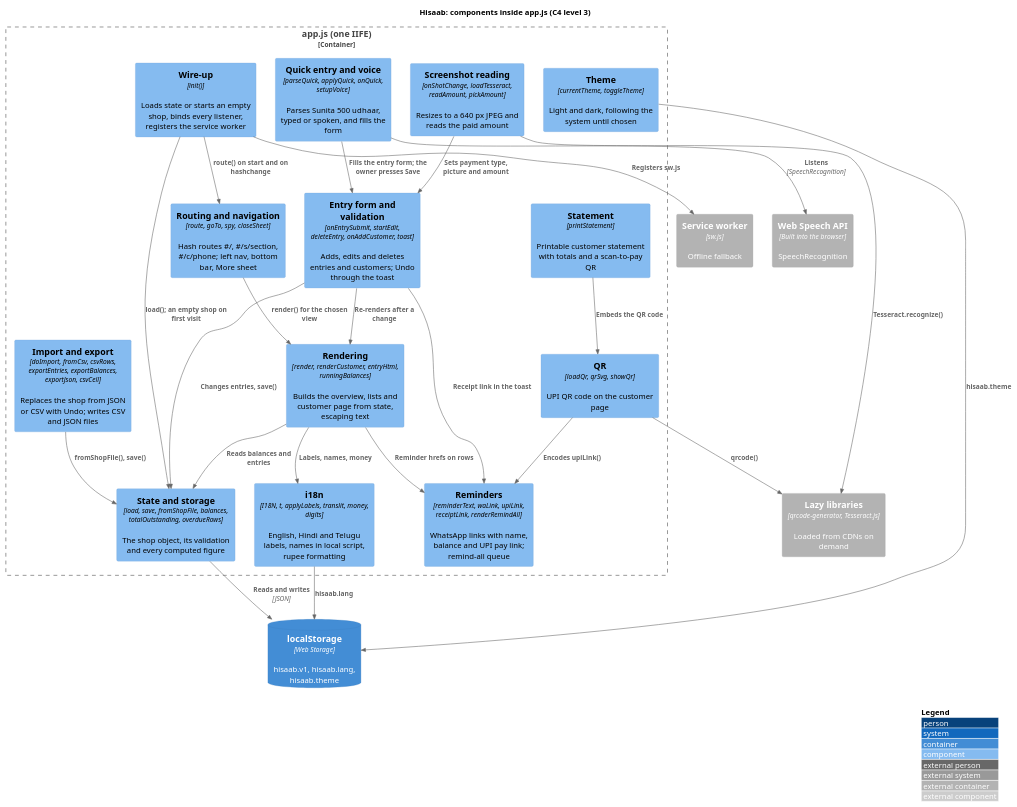
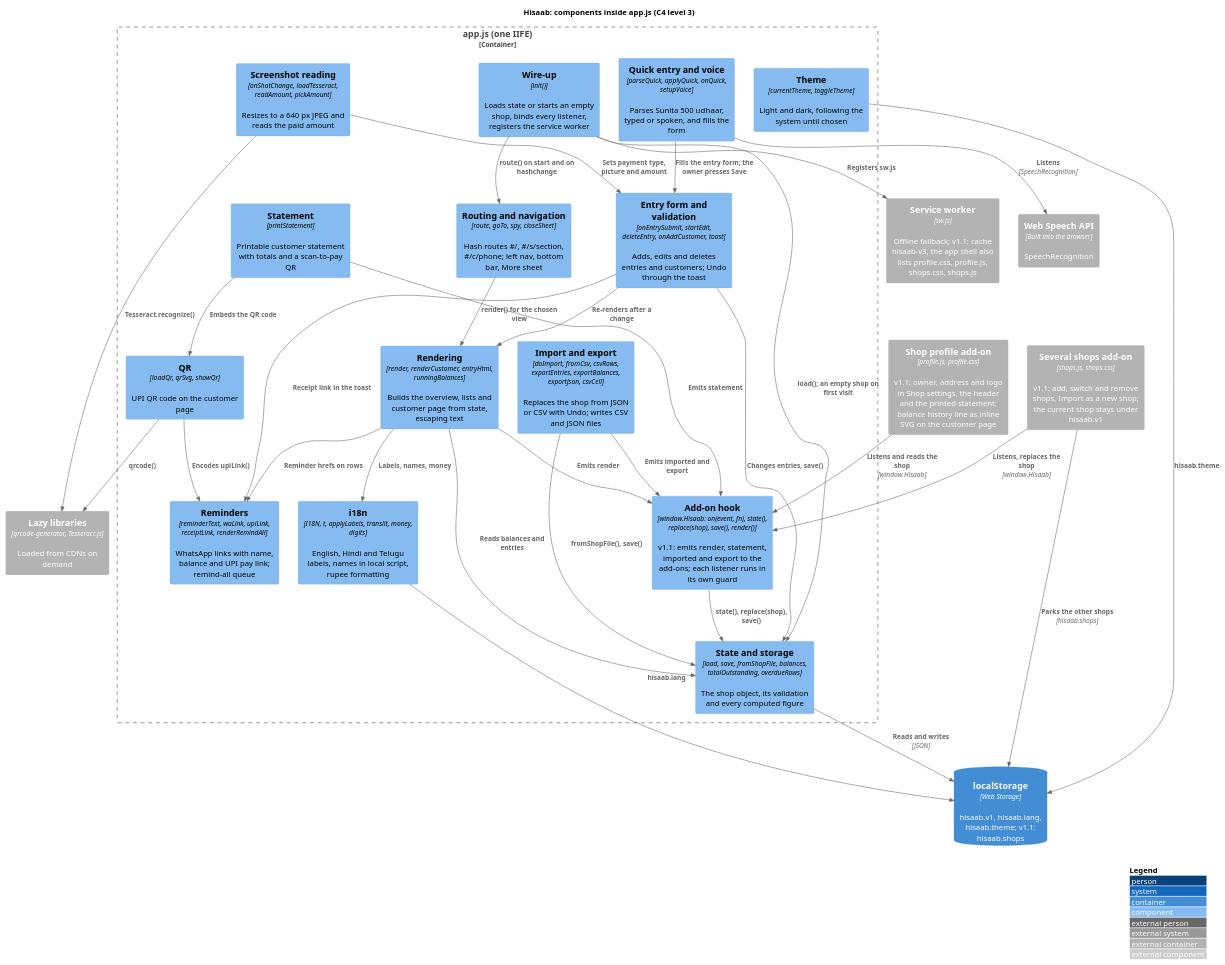
The diagram in docs/diagrams/c4-component.puml (karwasanjay007/hisaab-docs), drawn with PlantUML before and after one commit. The commit also changed 5 other files, not shown here.

First line of the commit message:
Diagrams for version 1.1.0.0: container, component and deployment show the add-ons, the hook and the second storage key

```diff
--- a/docs/diagrams/c4-component.puml
+++ b/docs/diagrams/c4-component.puml
@@ -1,49 +1,59 @@
 @startuml c4-component
 !include <C4/C4_Component>
 title Hisaab: components inside app.js (C4 level 3)
 
-ContainerDb(ls, "localStorage", "Web Storage", "hisaab.v1, hisaab.lang, hisaab.theme")
+ContainerDb(ls, "localStorage", "Web Storage", "hisaab.v1, hisaab.lang, hisaab.theme; v1.1: hisaab.shops")
 Container_Ext(cdnlibs, "Lazy libraries", "qrcode-generator, Tesseract.js", "Loaded from CDNs on demand")
 Container_Ext(speechapi, "Web Speech API", "Built into the browser", "SpeechRecognition")
-Container_Ext(swc, "Service worker", "sw.js", "Offline fallback")
+Container_Ext(swc, "Service worker", "sw.js", "Offline fallback; v1.1: cache hisaab-v3, the app shell also lists profile.css, profile.js, shops.css, shops.js")
+Container_Ext(profile, "Shop profile add-on", "profile.js, profile.css", "v1.1: owner, address and logo in Shop settings, the header and the printed statement; balance history line as inline SVG on the customer page")
+Container_Ext(shops, "Several shops add-on", "shops.js, shops.css", "v1.1: add, switch and remove shops, Import as a new shop; the current shop stays under hisaab.v1")
 
 Container_Boundary(app, "app.js (one IIFE)") {
   Component(init, "Wire-up", "init()", "Loads state or starts an empty shop, binds every listener, registers the service worker")
   Component(store, "State and storage", "load, save, fromShopFile, balances, totalOutstanding, overdueRows", "The shop object, its validation and every computed figure")
   Component(i18n, "i18n", "I18N, t, applyLabels, translit, money, digits", "English, Hindi and Telugu labels, names in local script, rupee formatting")
   Component(render, "Rendering", "render, renderCustomer, entryHtml, runningBalances", "Builds the overview, lists and customer page from state, escaping text")
   Component(router, "Routing and navigation", "route, goTo, spy, closeSheet", "Hash routes #/, #/s/section, #/c/phone; left nav, bottom bar, More sheet")
   Component(form, "Entry form and validation", "onEntrySubmit, startEdit, deleteEntry, onAddCustomer, toast", "Adds, edits and deletes entries and customers; Undo through the toast")
   Component(quick, "Quick entry and voice", "parseQuick, applyQuick, onQuick, setupVoice", "Parses Sunita 500 udhaar, typed or spoken, and fills the form")
   Component(remind, "Reminders", "reminderText, waLink, upiLink, receiptLink, renderRemindAll", "WhatsApp links with name, balance and UPI pay link; remind-all queue")
   Component(qr, "QR", "loadQr, qrSvg, showQr", "UPI QR code on the customer page")
   Component(stmt, "Statement", "printStatement", "Printable customer statement with totals and a scan-to-pay QR")
   Component(io, "Import and export", "doImport, fromCsv, csvRows, exportEntries, exportBalances, exportJson, csvCell", "Replaces the shop from JSON or CSV with Undo; writes CSV and JSON files")
   Component(shot, "Screenshot reading", "onShotChange, loadTesseract, readAmount, pickAmount", "Resizes to a 640 px JPEG and reads the paid amount")
   Component(theme, "Theme", "currentTheme, toggleTheme", "Light and dark, following the system until chosen")
+  Component(hook, "Add-on hook", "window.Hisaab: on(event, fn), state(), replace(shop), save(), render()", "v1.1: emits render, statement, imported and export to the add-ons; each listener runs in its own guard")
 }
 
 Rel(init, store, "load(); an empty shop on first visit")
 Rel(init, router, "route() on start and on hashchange")
 Rel(init, swc, "Registers sw.js")
 Rel(store, ls, "Reads and writes", "JSON")
 Rel(router, render, "render() for the chosen view")
 Rel(render, store, "Reads balances and entries")
 Rel(render, i18n, "Labels, names, money")
 Rel(render, remind, "Reminder hrefs on rows")
 Rel(form, store, "Changes entries, save()")
 Rel(form, render, "Re-renders after a change")
 Rel(form, remind, "Receipt link in the toast")
 Rel(quick, form, "Fills the entry form; the owner presses Save")
 Rel(quick, speechapi, "Listens", "SpeechRecognition")
 Rel(shot, form, "Sets payment type, picture and amount")
 Rel(shot, cdnlibs, "Tesseract.recognize()")
 Rel(io, store, "fromShopFile(), save()")
 Rel(qr, cdnlibs, "qrcode()")
 Rel(qr, remind, "Encodes upiLink()")
 Rel(stmt, qr, "Embeds the QR code")
 Rel(theme, ls, "hisaab.theme")
 Rel(i18n, ls, "hisaab.lang")
+Rel(render, hook, "Emits render")
+Rel(stmt, hook, "Emits statement")
+Rel(io, hook, "Emits imported and export")
+Rel(hook, store, "state(), replace(shop), save()")
+Rel(profile, hook, "Listens and reads the shop", "window.Hisaab")
+Rel(shops, hook, "Listens, replaces the shop", "window.Hisaab")
+Rel(shops, ls, "Parks the other shops", "hisaab.shops")
 
 LAYOUT_WITH_LEGEND()
 @enduml
```
